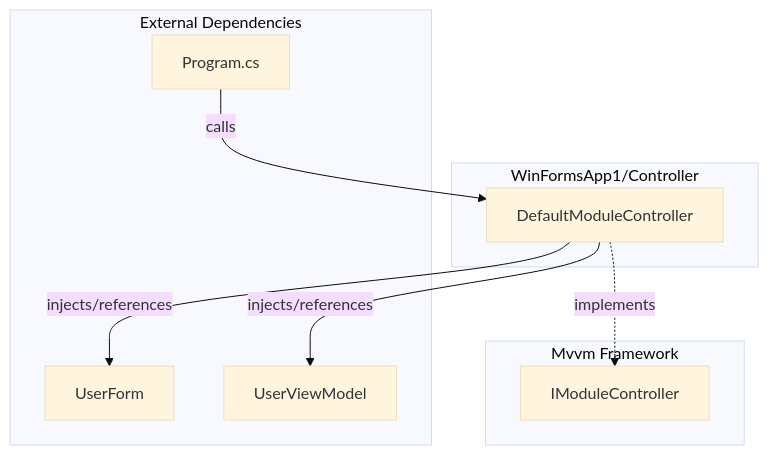
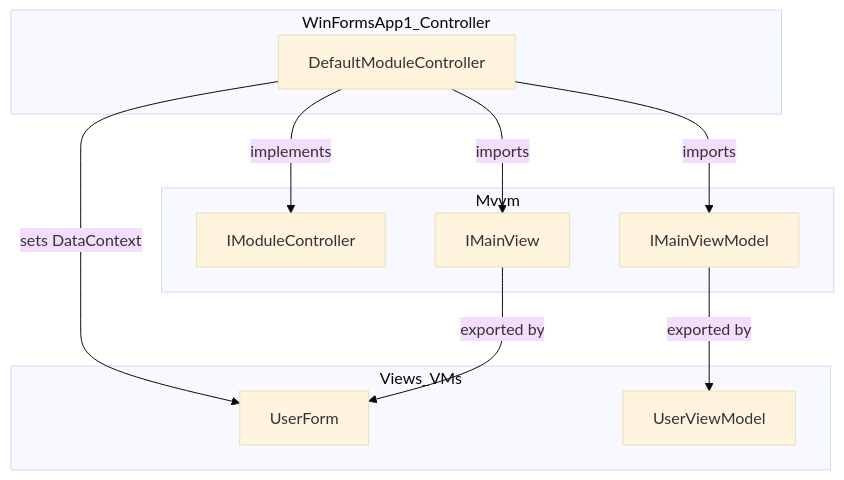
The diagram in doc/WinFormsApp1/Controller.md (wetzlmaier-scch/mvvm), drawn with Mermaid (base theme) before and after one commit. The commit also changed other lines of this file and 132 other files, not shown here.

````diff
--- a/doc/WinFormsApp1/Controller.md
+++ b/doc/WinFormsApp1/Controller.md
@@ -17,21 +19,24 @@
 ```mermaid
 flowchart TD
-    subgraph "WinFormsApp1/Controller"
+    subgraph WinFormsApp1_Controller
         DMC[DefaultModuleController]
     end
-    
-    subgraph "Mvvm Framework"
+
+    subgraph Mvvm
         IMC[IModuleController]
+        IMV[IMainView]
+        IMVM[IMainViewModel]
     end
-    
-    subgraph "External Dependencies"
-        UserForm[UserForm]
-        UserViewModel[UserViewModel]
-        Program[Program.cs]
+
+    subgraph Views_VMs
+        UF[UserForm]
+        UV[UserViewModel]
     end
-    
-    DMC -.->|implements| IMC
-    DMC -->|injects/references| UserForm
-    DMC -->|injects/references| UserViewModel
-    Program -->|calls| DMC
+
+    DMC --implements--> IMC
+    DMC --imports--> IMV
+    DMC --imports--> IMVM
+    IMV --exported by--> UF
+    IMVM --exported by--> UV
+    DMC --sets DataContext--> UF
 ```
````
